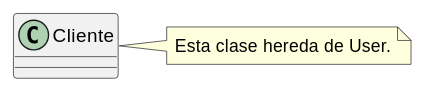
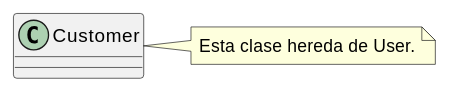
The diagram in source/base-cognitiva/_uml/cuando-usar-cada-diagrama/notas-explicaciones-comentarios.rst (jcg-admin/IACT-docs), drawn with PlantUML before and after one commit. The commit also changed 4 other files, not shown here.

```diff
--- a/source/base-cognitiva/_uml/cuando-usar-cada-diagrama/notas-explicaciones-comentarios.rst
+++ b/source/base-cognitiva/_uml/cuando-usar-cada-diagrama/notas-explicaciones-comentarios.rst
@@ -7,9 +7,9 @@
 .. uml::
 
    @startuml
 
-   class Cliente
-   note right of Cliente
+   class Customer
+   note right of Customer
      Esta clase hereda de User.
    end note
    @enduml
```
